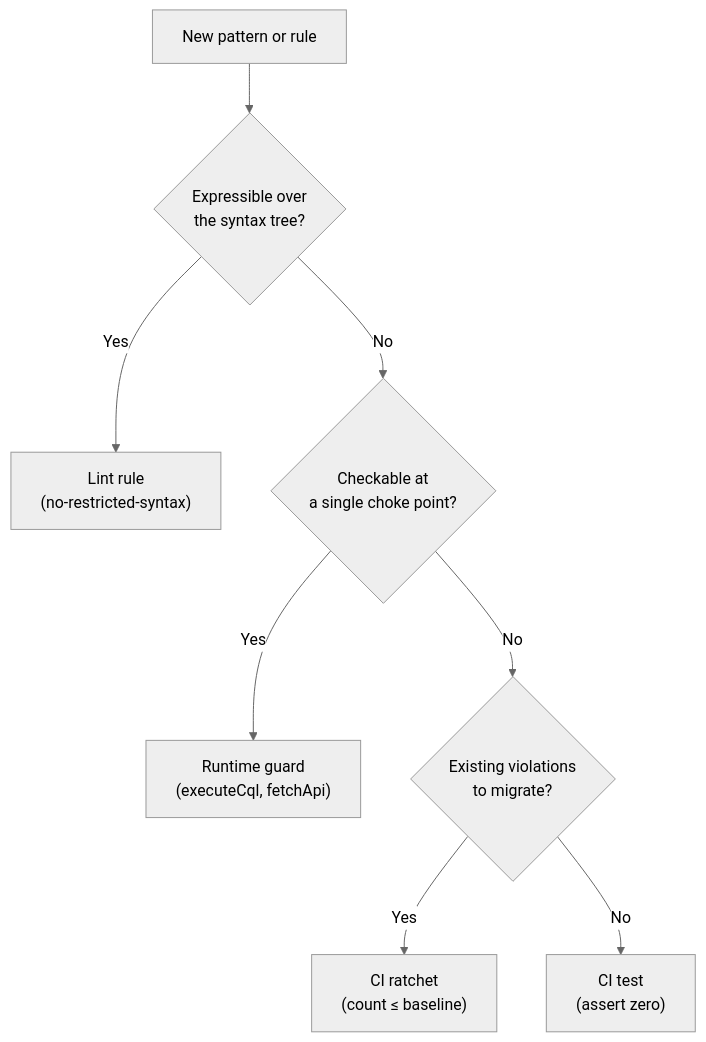
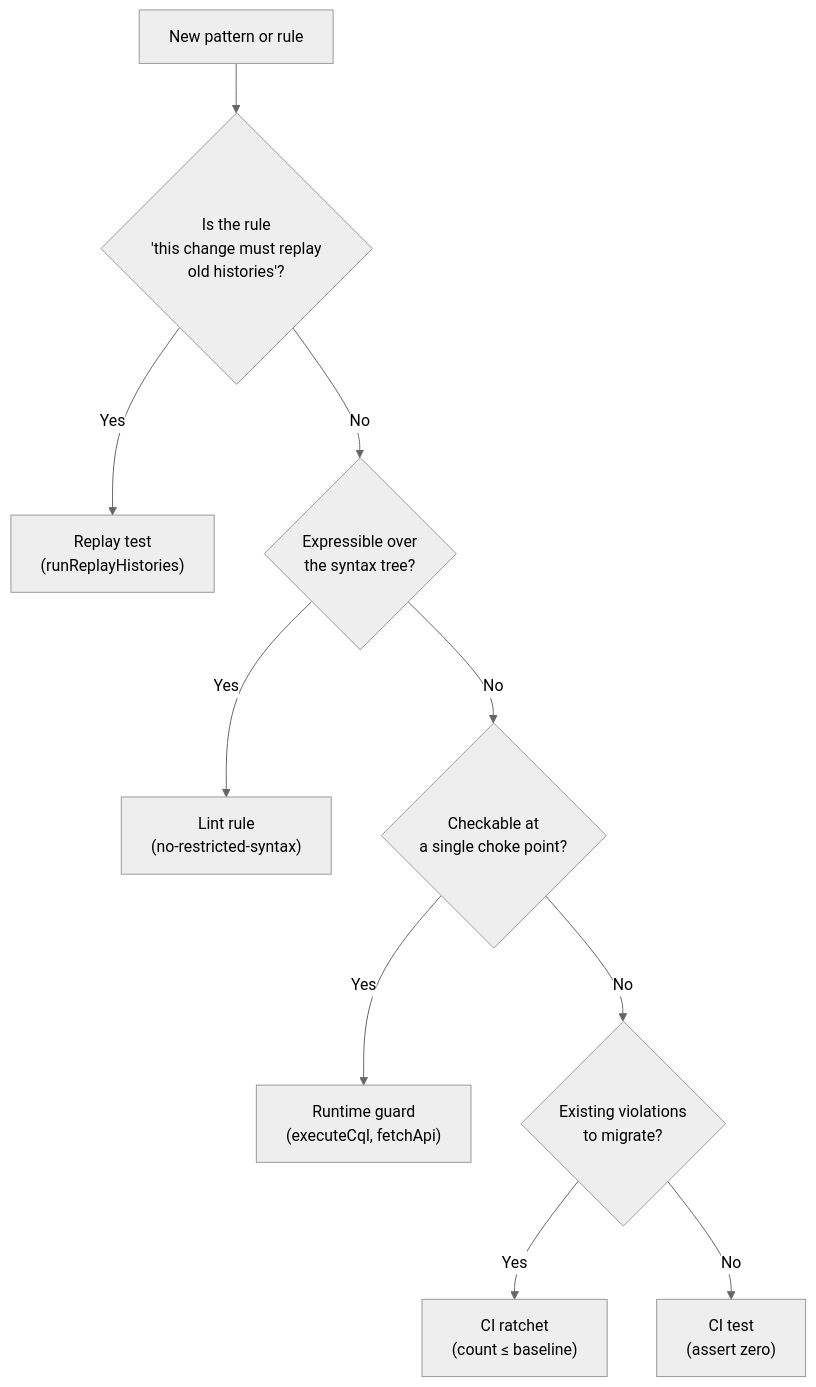
One commit to night-heron-software/nightheron-temporal-patterns changed the diagram in reference/enforcement-mechanisms.md. Above: the diagram before and after it, drawn with Mermaid (neutral theme). The commit also changed other lines of this file and 11 other files, not shown here.

````diff
--- a/reference/enforcement-mechanisms.md
+++ b/reference/enforcement-mechanisms.md
@@ -187,10 +243,12 @@
 ```mermaid
 flowchart TD
-    A["New pattern or rule"] --> B{"Expressible over\nthe syntax tree?"}
-    B -->|Yes| C["Lint rule\n(no-restricted-syntax)"]
-    B -->|No| D{"Checkable at\na single choke point?"}
-    D -->|Yes| E["Runtime guard\n(executeCql, fetchApi)"]
-    D -->|No| F{"Existing violations\nto migrate?"}
-    F -->|Yes| G["CI ratchet\n(count ≤ baseline)"]
-    F -->|No| H["CI test\n(assert zero)"]
+    A["New pattern or rule"] --> R{"Is the rule<br/>'this change must replay<br/>old histories'?"}
+    R -->|Yes| RT["Replay test<br/>(runReplayHistories)"]
+    R -->|No| B{"Expressible over<br/>the syntax tree?"}
+    B -->|Yes| C["Lint rule<br/>(no-restricted-syntax)"]
+    B -->|No| D{"Checkable at<br/>a single choke point?"}
+    D -->|Yes| E["Runtime guard<br/>(executeCql, fetchApi)"]
+    D -->|No| F{"Existing violations<br/>to migrate?"}
+    F -->|Yes| G["CI ratchet<br/>(count ≤ baseline)"]
+    F -->|No| H["CI test<br/>(assert zero)"]
 ```
````
